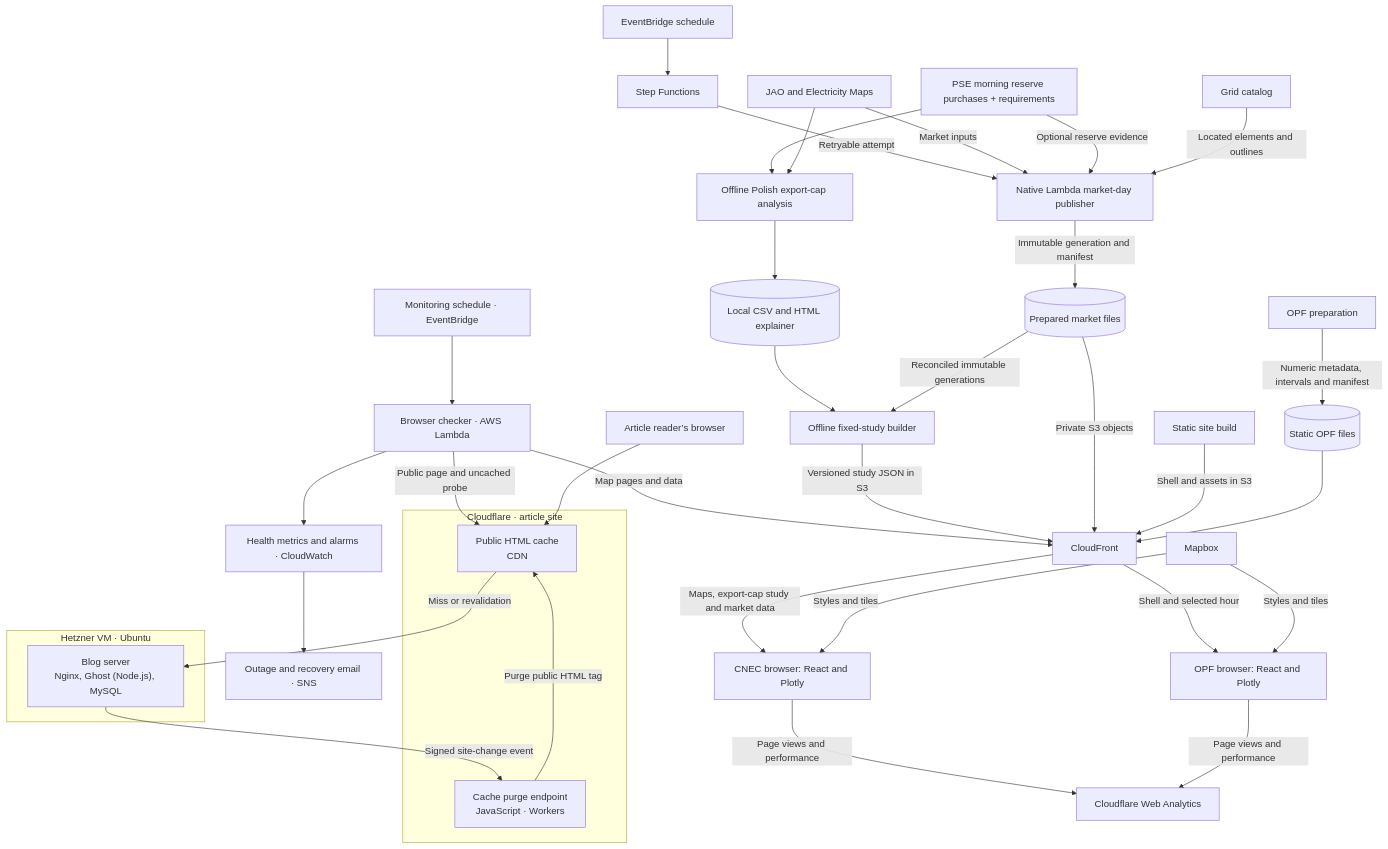
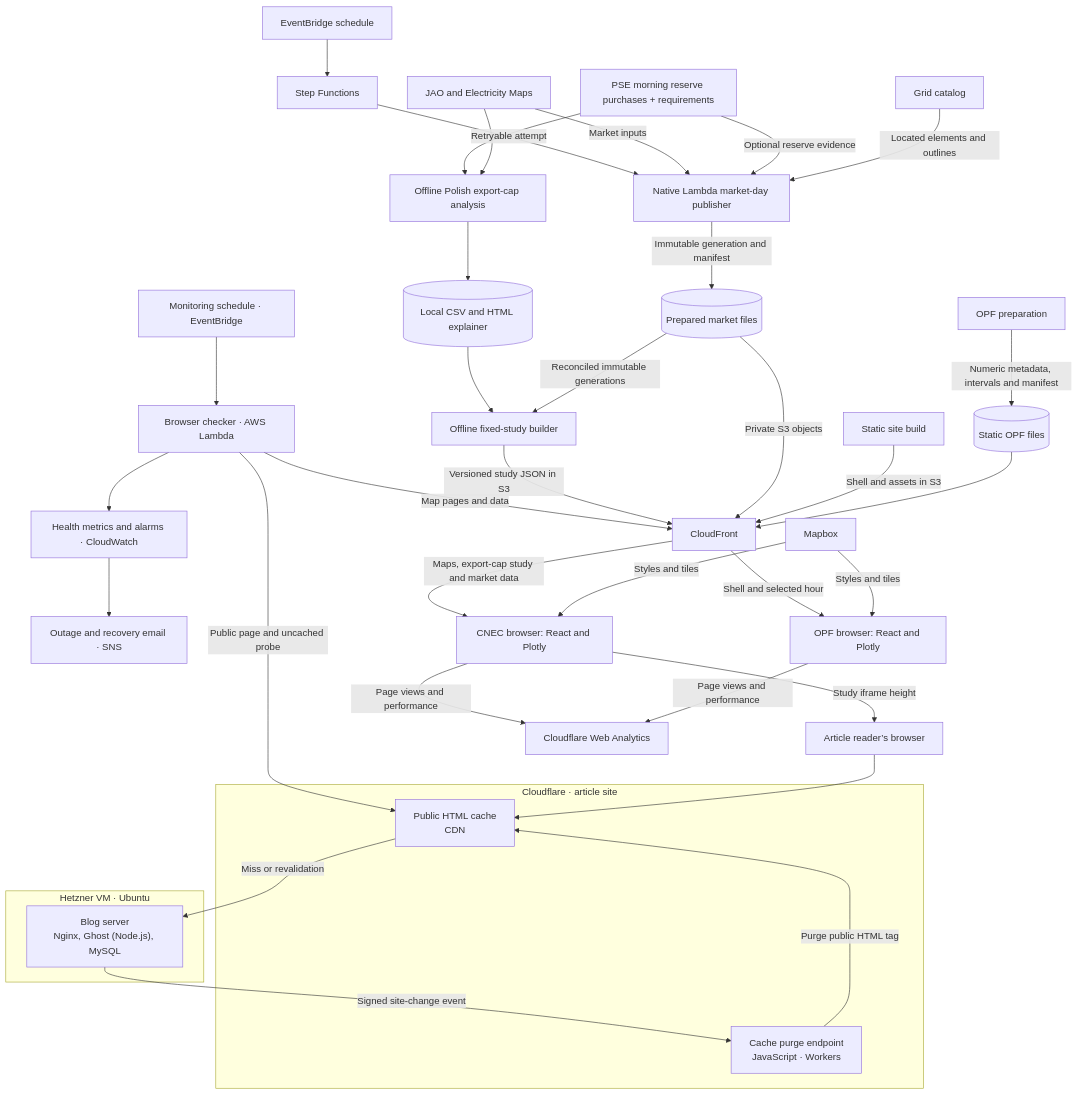
Before and after one commit to zoltanmaric/coppersushi: the diagram in README.md, drawn with Mermaid. The commit also changed 5 other files, not shown here.

````diff
--- a/README.md
+++ b/README.md
@@ -46,49 +46,50 @@
 ```mermaid
 flowchart TB
     monitorSchedule["Monitoring schedule · EventBridge"] --> monitor["Browser checker · AWS Lambda"]
     monitor -->|Public page and uncached probe| articleedge
     monitor -->|Map pages and data| edge
     monitor --> health["Health metrics and alarms · CloudWatch"]
     health --> notify["Outage and recovery email · SNS"]
     click monitor "https://github.com/zoltanmaric/coppersushi/blob/main/monitoring/README.md" "Website monitoring"
     articles["Article reader’s browser"]
     subgraph articlecloudflare["Cloudflare · article site"]
         articleedge["Public HTML cache<br/>CDN"]
         purge["Cache purge endpoint<br/>JavaScript · Workers"]
     end
     subgraph articlehetzner["Hetzner VM · Ubuntu"]
         articlehost["Blog server<br/>Nginx, Ghost (Node.js), MySQL"]
     end
     articles --> articleedge
     articleedge -->|Miss or revalidation| articlehost
     articlehost -->|Signed site-change event| purge
     purge -->|Purge public HTML tag| articleedge
     click articlehost "https://github.com/zoltanmaric/coppersushi/blob/main/121gigawatts/hosting/README.md" "Ghost hosting"
     click purge "https://github.com/zoltanmaric/coppersushi/blob/main/121gigawatts/hosting/README.md#public-page-caching" "Cache purge endpoint"
     schedule["EventBridge schedule"] --> workflow["Step Functions"]
     workflow -->|Retryable attempt| publication
     market["JAO and Electricity Maps"] -->|Market inputs| publication["Native Lambda market-day publisher"]
     pse["PSE morning reserve purchases + requirements"] -->|Optional reserve evidence| publication
     pse --> investigation["Offline Polish export-cap analysis"]
     market --> investigation
     investigation --> research[("Local CSV and HTML explainer")]
     research --> study["Offline fixed-study builder"]
     prepared -->|Reconciled immutable generations| study
     study -->|Versioned study JSON in S3| edge
     catalog["Grid catalog"] -->|Located elements and outlines| publication
     publication -->|Immutable generation and manifest| prepared[("Prepared market files")]
     prepared -->|Private S3 objects| edge["CloudFront"]
     build["Static site build"] -->|Shell and assets in S3| edge
     edge -->|Maps, export-cap study and market data| browser["CNEC browser: React and Plotly"]
     opf["OPF preparation"] -->|Numeric metadata, intervals and manifest| opffiles[("Static OPF files")]
     opffiles --> edge
     edge -->|Shell and selected hour| opfbrowser["OPF browser: React and Plotly"]
     maps["Mapbox"] -->|Styles and tiles| browser
     maps -->|Styles and tiles| opfbrowser
+    browser -->|Study iframe height| articles
     browser -->|Page views and performance| analytics["Cloudflare Web Analytics"]
     opfbrowser -->|Page views and performance| analytics
     click catalog "https://github.com/zoltanmaric/coppersushi/blob/main/coppersushi/pipelines/grid/README.md" "Grid catalog"
     click opf "https://github.com/zoltanmaric/coppersushi/blob/main/coppersushi/pipelines/powerflow/README.md" "OPF"
     click publication "https://github.com/zoltanmaric/coppersushi/blob/main/coppersushi/pipelines/cnec/README.md" "Publication"
     click browser "https://github.com/zoltanmaric/coppersushi/blob/main/coppersushi/frontend/README.md" "CNEC browser"
 ```
````
